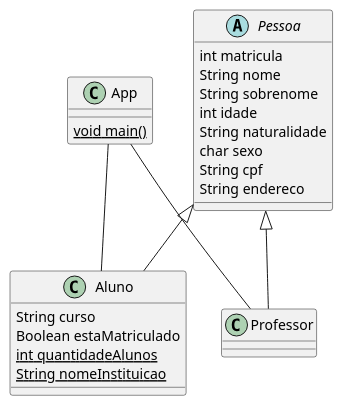
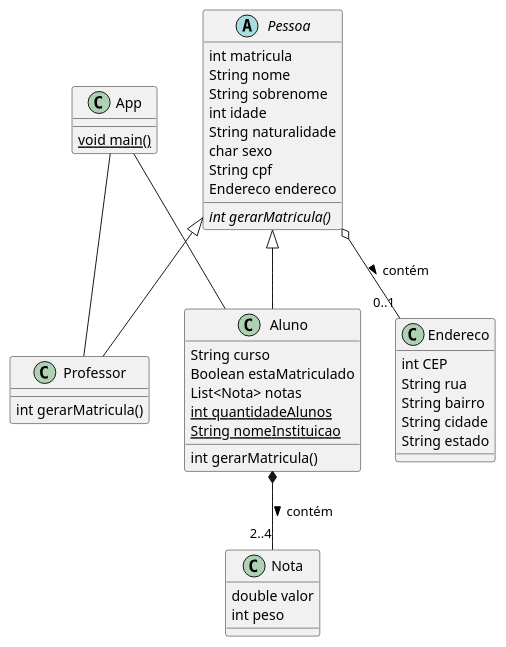
Before and after one commit to diegoarmandoo/academico-api: the diagram in diagramas/DiagramaClasse.wsd, drawn with PlantUML.

Commit message:
feat:(Diagramas): refatora o diagrama para representar algumas associações estruturais e comportamentais
- Tipo Abstrato Endereço
- Associação Estrutural - Agregação entre Pessoa e Endereco
- Associação Estrutural - Composição entre Aluno e Nota
- Método Abstrato para Gerar Matrículas Diferentes nos Subtipos Aluno e Professor

```diff
--- a/diagramas/DiagramaClasse.wsd
+++ b/diagramas/DiagramaClasse.wsd
@@ -1,36 +1,56 @@
 @startuml Academico
 
     Class App {
         {static} void main()
+    }
+
+    Class Endereco {
+        int CEP
+        String rua
+        String bairro
+        String cidade
+        String estado
     }
 
     abstract Class Pessoa {
         int matricula
         String nome
         String sobrenome
         int idade
         String naturalidade
         char sexo
         String cpf
-        String endereco
+        Endereco endereco
 
+        {abstract} int gerarMatricula()
+    }
+
+    Class Nota {
+        double valor
+        int peso
     }
 
     Class Aluno {
         String curso 
         Boolean estaMatriculado
+        List<Nota> notas
         {static} int quantidadeAlunos
         {static} String nomeInstituicao
+
+        int gerarMatricula()
     }
 
     Class Professor {
         
+        int gerarMatricula()
     }
 
     App -- Aluno
     App -- Professor
 
     Pessoa <|-- Aluno
     Pessoa <|-- Professor
+    Pessoa o-- "0..1" Endereco : contém >
+    Aluno *-- "2..4" Nota : contém >
 
 @enduml
```
